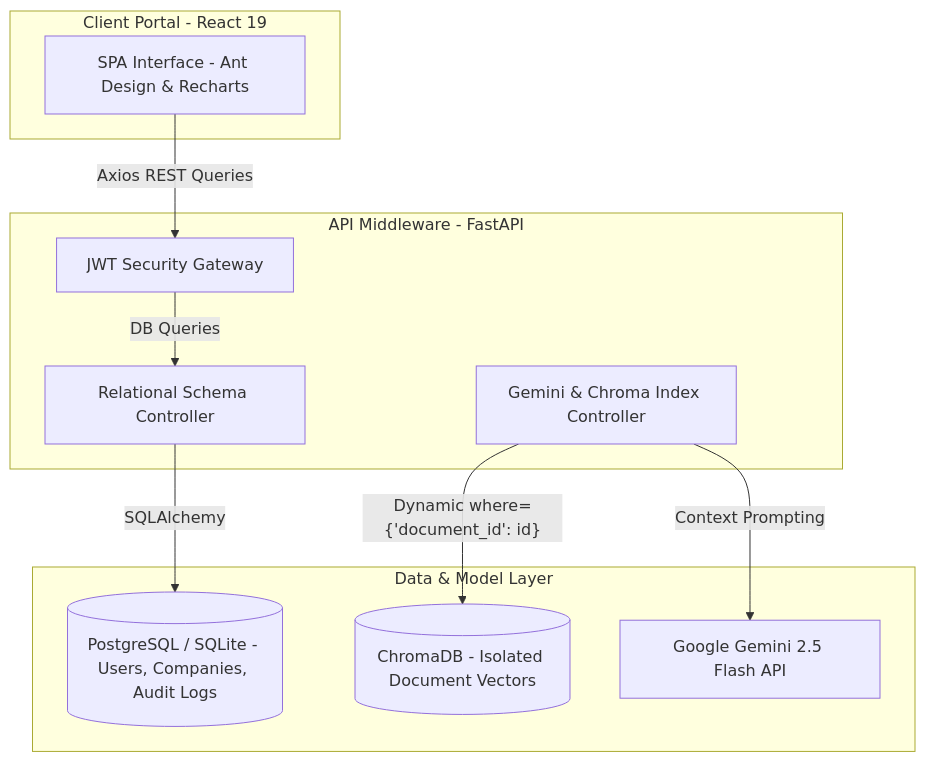
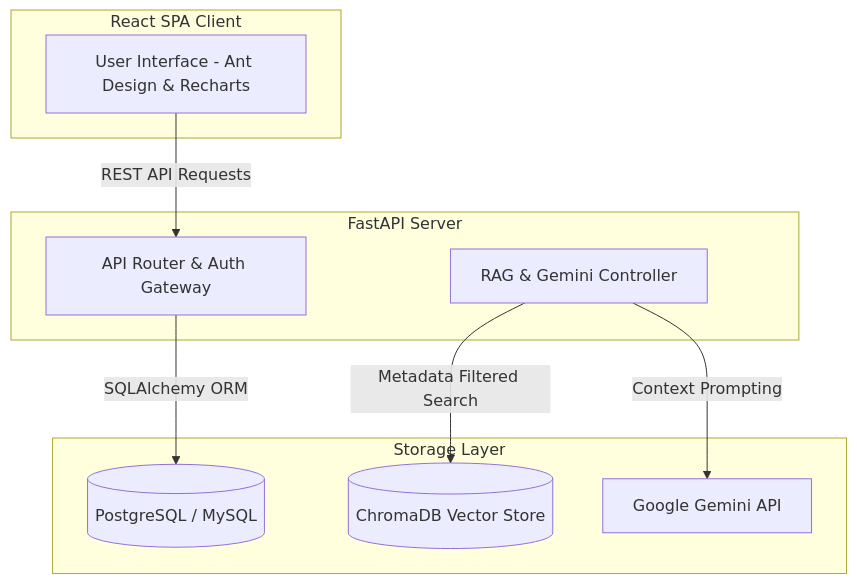
Before and after one commit to vijayendravarma111/DueDiligence-Pro-AI: the diagram in README.md, drawn with Mermaid. The commit also changed other lines of this file, not shown here.

Commit message:
docs: simplify architecture diagram and remove SQLite mentions

````diff
--- a/README.md
+++ b/README.md
@@ -31,24 +31,22 @@
 ```mermaid
 graph TD
-    subgraph Client [Client Portal - React 19]
-        FE[SPA Interface - Ant Design & Recharts]
+    subgraph Frontend [React SPA Client]
+        UI[User Interface - Ant Design & Recharts]
     end
 
-    subgraph Router [API Middleware - FastAPI]
-        AUTH[JWT Security Gateway]
-        DB_ROUTER[Relational Schema Controller]
-        AI_ROUTER[Gemini & Chroma Index Controller]
+    subgraph Backend [FastAPI Server]
+        API[API Router & Auth Gateway]
+        RAG[RAG & Gemini Controller]
     end
 
-    subgraph Storage [Data & Model Layer]
-        DB[(PostgreSQL / SQLite - Users, Companies, Audit Logs)]
-        CHROMA[(ChromaDB - Isolated Document Vectors)]
-        GEMINI[Google Gemini 2.5 Flash API]
+    subgraph Database [Storage Layer]
+        DB[(PostgreSQL / MySQL)]
+        CHROMA[(ChromaDB Vector Store)]
+        GEMINI[Google Gemini API]
     end
 
-    FE -->|Axios REST Queries| AUTH
-    AUTH -->|DB Queries| DB_ROUTER
-    DB_ROUTER -->|SQLAlchemy| DB
-    AI_ROUTER -->|"Dynamic where={'document_id': id}"| CHROMA
-    AI_ROUTER -->|Context Prompting| GEMINI
+    UI -->|REST API Requests| API
+    API -->|SQLAlchemy ORM| DB
+    RAG -->|Metadata Filtered Search| CHROMA
+    RAG -->|Context Prompting| GEMINI
 ```
````
